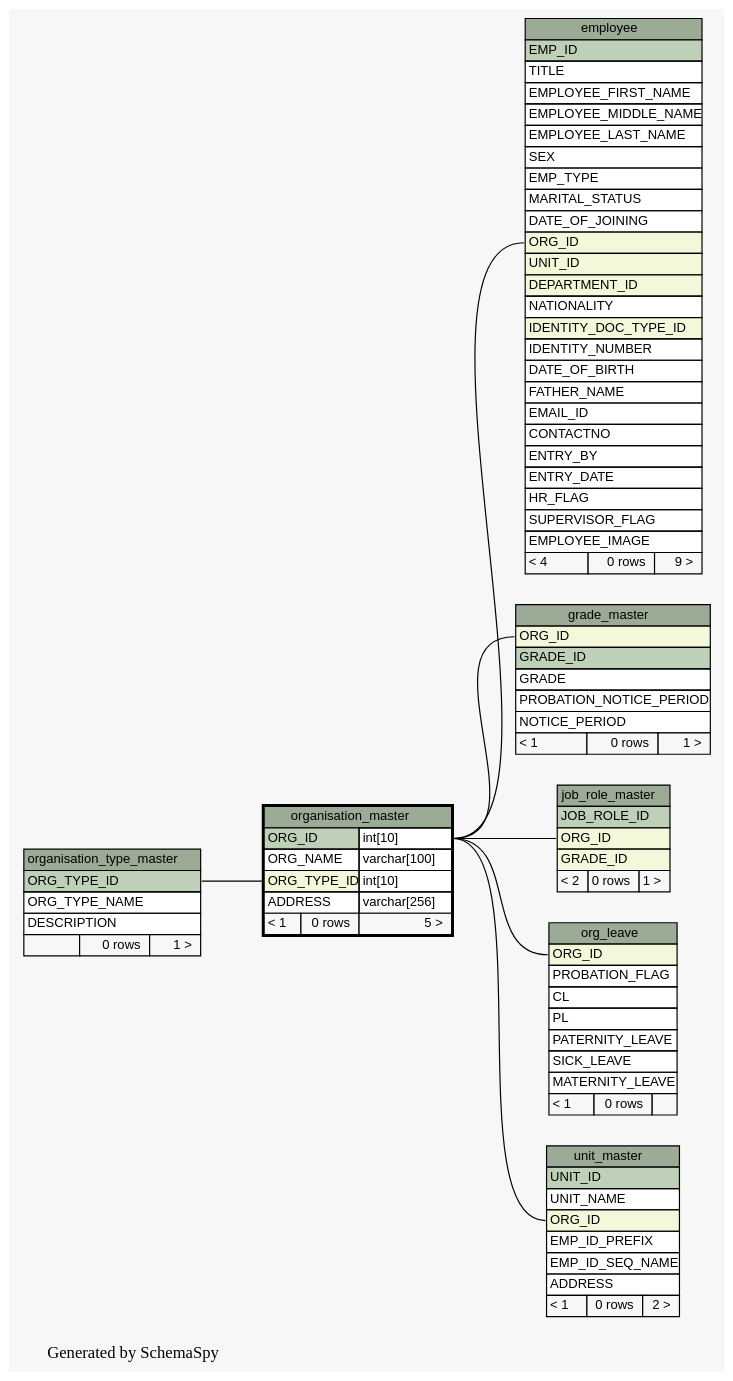
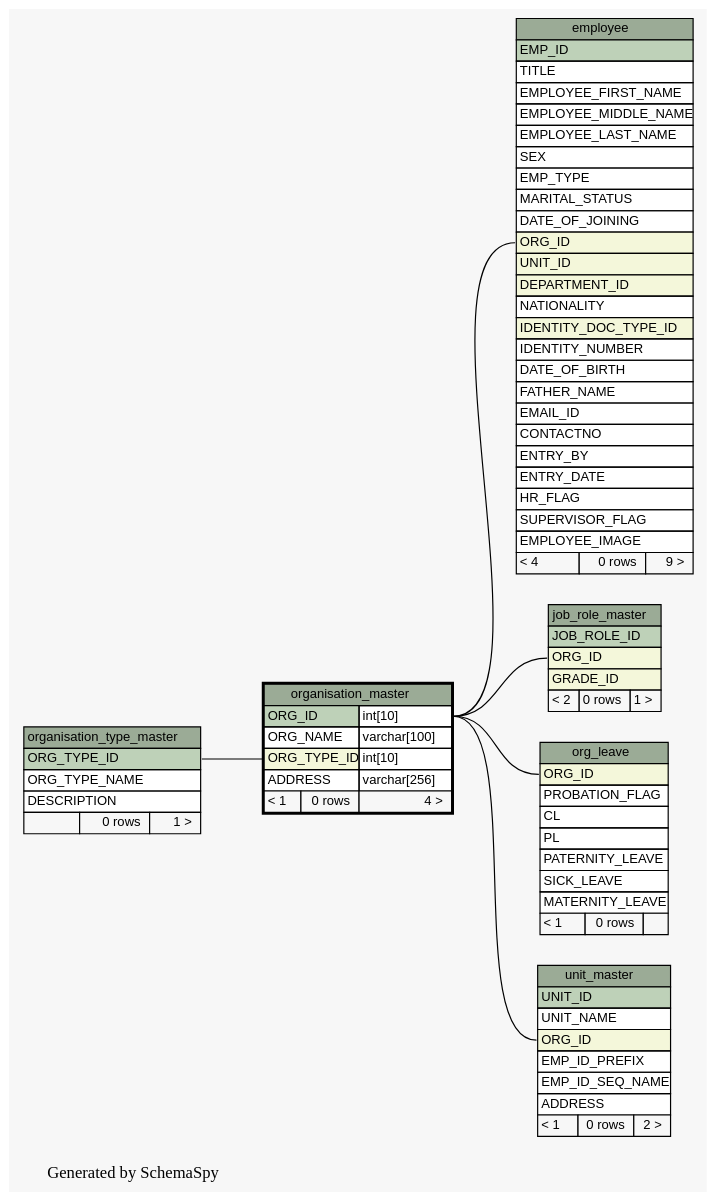
One commit to engineerscraft/hrms changed the diagram in docs/database/schemaspy/graphs/organisation_master.1degree.dot. Above: the diagram before and after it, drawn with Graphviz. The commit also changed 121 other files, not shown here.

Commit message:
dropped ORG_ID from GRADE_MASTER and generated doc

```diff
--- a/docs/database/schemaspy/graphs/organisation_master.1degree.dot
+++ b/docs/database/schemaspy/graphs/organisation_master.1degree.dot
@@ -1,138 +1,123 @@
 // dot 2.38.0 on Windows 7 6.1
 digraph "oneDegreeRelationshipsGraph" {
   graph [
     rankdir="RL"
     bgcolor="#f7f7f7"
     label="\nGenerated by SchemaSpy"
     labeljust="l"
   ];
   node [
     fontname="Helvetica"
     fontsize="11"
     shape="plaintext"
   ];
   edge [
     arrowsize="0.8"
   ];
   "employee":"ORG_ID":w -> "organisation_master":"ORG_ID.type":e [arrowtail=crowodot arrowhead=none];
-  "grade_master":"ORG_ID":w -> "organisation_master":"ORG_ID.type":e [arrowtail=crowodot arrowhead=none];
   "job_role_master":"ORG_ID":w -> "organisation_master":"ORG_ID.type":e [arrowtail=crowodot arrowhead=none];
   "org_leave":"ORG_ID":w -> "organisation_master":"ORG_ID.type":e [arrowtail=crowodot arrowhead=none];
   "organisation_master":"ORG_TYPE_ID":w -> "organisation_type_master":"ORG_TYPE_ID":e [arrowtail=crowodot arrowhead=none];
   "unit_master":"ORG_ID":w -> "organisation_master":"ORG_ID.type":e [arrowtail=crowodot arrowhead=none];
   "employee" [
     label=<
     <TABLE BORDER="0" CELLBORDER="1" CELLSPACING="0" BGCOLOR="#ffffff">
       <TR><TD PORT="employee.heading" COLSPAN="3" BGCOLOR="#9bab96" ALIGN="CENTER">employee</TD></TR>
       <TR><TD PORT="EMP_ID" COLSPAN="3" BGCOLOR="#bed1b8" ALIGN="LEFT">EMP_ID</TD></TR>
       <TR><TD PORT="TITLE" COLSPAN="3" ALIGN="LEFT">TITLE</TD></TR>
       <TR><TD PORT="EMPLOYEE_FIRST_NAME" COLSPAN="3" ALIGN="LEFT">EMPLOYEE_FIRST_NAME</TD></TR>
       <TR><TD PORT="EMPLOYEE_MIDDLE_NAME" COLSPAN="3" ALIGN="LEFT">EMPLOYEE_MIDDLE_NAME</TD></TR>
       <TR><TD PORT="EMPLOYEE_LAST_NAME" COLSPAN="3" ALIGN="LEFT">EMPLOYEE_LAST_NAME</TD></TR>
       <TR><TD PORT="SEX" COLSPAN="3" ALIGN="LEFT">SEX</TD></TR>
       <TR><TD PORT="EMP_TYPE" COLSPAN="3" ALIGN="LEFT">EMP_TYPE</TD></TR>
       <TR><TD PORT="MARITAL_STATUS" COLSPAN="3" ALIGN="LEFT">MARITAL_STATUS</TD></TR>
       <TR><TD PORT="DATE_OF_JOINING" COLSPAN="3" ALIGN="LEFT">DATE_OF_JOINING</TD></TR>
       <TR><TD PORT="ORG_ID" COLSPAN="3" BGCOLOR="#f4f7da" ALIGN="LEFT">ORG_ID</TD></TR>
       <TR><TD PORT="UNIT_ID" COLSPAN="3" BGCOLOR="#f4f7da" ALIGN="LEFT">UNIT_ID</TD></TR>
       <TR><TD PORT="DEPARTMENT_ID" COLSPAN="3" BGCOLOR="#f4f7da" ALIGN="LEFT">DEPARTMENT_ID</TD></TR>
       <TR><TD PORT="NATIONALITY" COLSPAN="3" ALIGN="LEFT">NATIONALITY</TD></TR>
       <TR><TD PORT="IDENTITY_DOC_TYPE_ID" COLSPAN="3" BGCOLOR="#f4f7da" ALIGN="LEFT">IDENTITY_DOC_TYPE_ID</TD></TR>
       <TR><TD PORT="IDENTITY_NUMBER" COLSPAN="3" ALIGN="LEFT">IDENTITY_NUMBER</TD></TR>
       <TR><TD PORT="DATE_OF_BIRTH" COLSPAN="3" ALIGN="LEFT">DATE_OF_BIRTH</TD></TR>
       <TR><TD PORT="FATHER_NAME" COLSPAN="3" ALIGN="LEFT">FATHER_NAME</TD></TR>
       <TR><TD PORT="EMAIL_ID" COLSPAN="3" ALIGN="LEFT">EMAIL_ID</TD></TR>
       <TR><TD PORT="CONTACTNO" COLSPAN="3" ALIGN="LEFT">CONTACTNO</TD></TR>
       <TR><TD PORT="ENTRY_BY" COLSPAN="3" ALIGN="LEFT">ENTRY_BY</TD></TR>
       <TR><TD PORT="ENTRY_DATE" COLSPAN="3" ALIGN="LEFT">ENTRY_DATE</TD></TR>
       <TR><TD PORT="HR_FLAG" COLSPAN="3" ALIGN="LEFT">HR_FLAG</TD></TR>
       <TR><TD PORT="SUPERVISOR_FLAG" COLSPAN="3" ALIGN="LEFT">SUPERVISOR_FLAG</TD></TR>
       <TR><TD PORT="EMPLOYEE_IMAGE" COLSPAN="3" ALIGN="LEFT">EMPLOYEE_IMAGE</TD></TR>
       <TR><TD ALIGN="LEFT" BGCOLOR="#f7f7f7">&lt; 4</TD><TD ALIGN="RIGHT" BGCOLOR="#f7f7f7">0 rows</TD><TD ALIGN="RIGHT" BGCOLOR="#f7f7f7">9 &gt;</TD></TR>
     </TABLE>>
     URL="employee.html#graph"
     tooltip="employee"
   ];
-  "grade_master" [
-    label=<
-    <TABLE BORDER="0" CELLBORDER="1" CELLSPACING="0" BGCOLOR="#ffffff">
-      <TR><TD PORT="grade_master.heading" COLSPAN="3" BGCOLOR="#9bab96" ALIGN="CENTER">grade_master</TD></TR>
-      <TR><TD PORT="ORG_ID" COLSPAN="3" BGCOLOR="#f4f7da" ALIGN="LEFT">ORG_ID</TD></TR>
-      <TR><TD PORT="GRADE_ID" COLSPAN="3" BGCOLOR="#bed1b8" ALIGN="LEFT">GRADE_ID</TD></TR>
-      <TR><TD PORT="GRADE" COLSPAN="3" ALIGN="LEFT">GRADE</TD></TR>
-      <TR><TD PORT="PROBATION_NOTICE_PERIOD" COLSPAN="3" ALIGN="LEFT">PROBATION_NOTICE_PERIOD</TD></TR>
-      <TR><TD PORT="NOTICE_PERIOD" COLSPAN="3" ALIGN="LEFT">NOTICE_PERIOD</TD></TR>
-      <TR><TD ALIGN="LEFT" BGCOLOR="#f7f7f7">&lt; 1</TD><TD ALIGN="RIGHT" BGCOLOR="#f7f7f7">0 rows</TD><TD ALIGN="RIGHT" BGCOLOR="#f7f7f7">1 &gt;</TD></TR>
-    </TABLE>>
-    URL="grade_master.html#graph"
-    tooltip="grade_master"
-  ];
   "job_role_master" [
     label=<
     <TABLE BORDER="0" CELLBORDER="1" CELLSPACING="0" BGCOLOR="#ffffff">
       <TR><TD PORT="job_role_master.heading" COLSPAN="3" BGCOLOR="#9bab96" ALIGN="CENTER">job_role_master</TD></TR>
       <TR><TD PORT="JOB_ROLE_ID" COLSPAN="3" BGCOLOR="#bed1b8" ALIGN="LEFT">JOB_ROLE_ID</TD></TR>
       <TR><TD PORT="ORG_ID" COLSPAN="3" BGCOLOR="#f4f7da" ALIGN="LEFT">ORG_ID</TD></TR>
       <TR><TD PORT="GRADE_ID" COLSPAN="3" BGCOLOR="#f4f7da" ALIGN="LEFT">GRADE_ID</TD></TR>
       <TR><TD ALIGN="LEFT" BGCOLOR="#f7f7f7">&lt; 2</TD><TD ALIGN="RIGHT" BGCOLOR="#f7f7f7">0 rows</TD><TD ALIGN="RIGHT" BGCOLOR="#f7f7f7">1 &gt;</TD></TR>
     </TABLE>>
     URL="job_role_master.html#graph"
     tooltip="job_role_master"
   ];
   "org_leave" [
     label=<
     <TABLE BORDER="0" CELLBORDER="1" CELLSPACING="0" BGCOLOR="#ffffff">
       <TR><TD PORT="org_leave.heading" COLSPAN="3" BGCOLOR="#9bab96" ALIGN="CENTER">org_leave</TD></TR>
       <TR><TD PORT="ORG_ID" COLSPAN="3" BGCOLOR="#f4f7da" ALIGN="LEFT">ORG_ID</TD></TR>
       <TR><TD PORT="PROBATION_FLAG" COLSPAN="3" ALIGN="LEFT">PROBATION_FLAG</TD></TR>
       <TR><TD PORT="CL" COLSPAN="3" ALIGN="LEFT">CL</TD></TR>
       <TR><TD PORT="PL" COLSPAN="3" ALIGN="LEFT">PL</TD></TR>
       <TR><TD PORT="PATERNITY_LEAVE" COLSPAN="3" ALIGN="LEFT">PATERNITY_LEAVE</TD></TR>
       <TR><TD PORT="SICK_LEAVE" COLSPAN="3" ALIGN="LEFT">SICK_LEAVE</TD></TR>
       <TR><TD PORT="MATERNITY_LEAVE" COLSPAN="3" ALIGN="LEFT">MATERNITY_LEAVE</TD></TR>
       <TR><TD ALIGN="LEFT" BGCOLOR="#f7f7f7">&lt; 1</TD><TD ALIGN="RIGHT" BGCOLOR="#f7f7f7">0 rows</TD><TD ALIGN="RIGHT" BGCOLOR="#f7f7f7">  </TD></TR>
     </TABLE>>
     URL="org_leave.html#graph"
     tooltip="org_leave"
   ];
   "organisation_master" [
     label=<
     <TABLE BORDER="2" CELLBORDER="1" CELLSPACING="0" BGCOLOR="#ffffff">
       <TR><TD PORT="organisation_master.heading" COLSPAN="3" BGCOLOR="#9bab96" ALIGN="CENTER">organisation_master</TD></TR>
       <TR><TD PORT="ORG_ID" COLSPAN="2" BGCOLOR="#bed1b8" ALIGN="LEFT">ORG_ID</TD><TD PORT="ORG_ID.type" ALIGN="LEFT">int[10]</TD></TR>
       <TR><TD PORT="ORG_NAME" COLSPAN="2" ALIGN="LEFT">ORG_NAME</TD><TD PORT="ORG_NAME.type" ALIGN="LEFT">varchar[100]</TD></TR>
       <TR><TD PORT="ORG_TYPE_ID" COLSPAN="2" BGCOLOR="#f4f7da" ALIGN="LEFT">ORG_TYPE_ID</TD><TD PORT="ORG_TYPE_ID.type" ALIGN="LEFT">int[10]</TD></TR>
       <TR><TD PORT="ADDRESS" COLSPAN="2" ALIGN="LEFT">ADDRESS</TD><TD PORT="ADDRESS.type" ALIGN="LEFT">varchar[256]</TD></TR>
-      <TR><TD ALIGN="LEFT" BGCOLOR="#f7f7f7">&lt; 1</TD><TD ALIGN="RIGHT" BGCOLOR="#f7f7f7">0 rows</TD><TD ALIGN="RIGHT" BGCOLOR="#f7f7f7">5 &gt;</TD></TR>
+      <TR><TD ALIGN="LEFT" BGCOLOR="#f7f7f7">&lt; 1</TD><TD ALIGN="RIGHT" BGCOLOR="#f7f7f7">0 rows</TD><TD ALIGN="RIGHT" BGCOLOR="#f7f7f7">4 &gt;</TD></TR>
     </TABLE>>
     URL="organisation_master.html#"
     tooltip="organisation_master"
   ];
   "organisation_type_master" [
     label=<
     <TABLE BORDER="0" CELLBORDER="1" CELLSPACING="0" BGCOLOR="#ffffff">
       <TR><TD PORT="organisation_type_master.heading" COLSPAN="3" BGCOLOR="#9bab96" ALIGN="CENTER">organisation_type_master</TD></TR>
       <TR><TD PORT="ORG_TYPE_ID" COLSPAN="3" BGCOLOR="#bed1b8" ALIGN="LEFT">ORG_TYPE_ID</TD></TR>
       <TR><TD PORT="ORG_TYPE_NAME" COLSPAN="3" ALIGN="LEFT">ORG_TYPE_NAME</TD></TR>
       <TR><TD PORT="DESCRIPTION" COLSPAN="3" ALIGN="LEFT">DESCRIPTION</TD></TR>
       <TR><TD ALIGN="LEFT" BGCOLOR="#f7f7f7">  </TD><TD ALIGN="RIGHT" BGCOLOR="#f7f7f7">0 rows</TD><TD ALIGN="RIGHT" BGCOLOR="#f7f7f7">1 &gt;</TD></TR>
     </TABLE>>
     URL="organisation_type_master.html#graph"
     tooltip="organisation_type_master"
   ];
   "unit_master" [
     label=<
     <TABLE BORDER="0" CELLBORDER="1" CELLSPACING="0" BGCOLOR="#ffffff">
       <TR><TD PORT="unit_master.heading" COLSPAN="3" BGCOLOR="#9bab96" ALIGN="CENTER">unit_master</TD></TR>
       <TR><TD PORT="UNIT_ID" COLSPAN="3" BGCOLOR="#bed1b8" ALIGN="LEFT">UNIT_ID</TD></TR>
       <TR><TD PORT="UNIT_NAME" COLSPAN="3" ALIGN="LEFT">UNIT_NAME</TD></TR>
       <TR><TD PORT="ORG_ID" COLSPAN="3" BGCOLOR="#f4f7da" ALIGN="LEFT">ORG_ID</TD></TR>
       <TR><TD PORT="EMP_ID_PREFIX" COLSPAN="3" ALIGN="LEFT">EMP_ID_PREFIX</TD></TR>
       <TR><TD PORT="EMP_ID_SEQ_NAME" COLSPAN="3" ALIGN="LEFT">EMP_ID_SEQ_NAME</TD></TR>
       <TR><TD PORT="ADDRESS" COLSPAN="3" ALIGN="LEFT">ADDRESS</TD></TR>
       <TR><TD ALIGN="LEFT" BGCOLOR="#f7f7f7">&lt; 1</TD><TD ALIGN="RIGHT" BGCOLOR="#f7f7f7">0 rows</TD><TD ALIGN="RIGHT" BGCOLOR="#f7f7f7">2 &gt;</TD></TR>
     </TABLE>>
     URL="unit_master.html#graph"
     tooltip="unit_master"
   ];
 }
```
